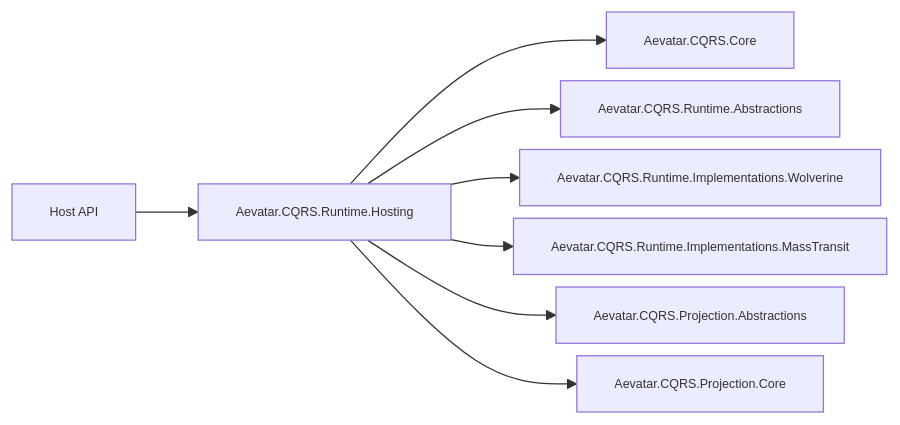
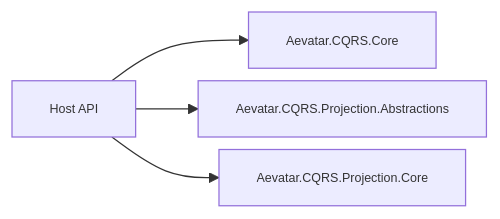
One commit to aevatarAI/aevatar changed the first of 3 diagrams in docs/CQRS_ARCHITECTURE.md. Above: the diagram before and after it, drawn with Mermaid. The commit also changed other lines of this file and 28 other files, not shown here.

First line of the commit message:
Refactor CQRS architecture by removing runtime abstractions and implementations

````diff
--- a/docs/CQRS_ARCHITECTURE.md
+++ b/docs/CQRS_ARCHITECTURE.md
@@ -38,11 +35,7 @@
 ```mermaid
 %%{init: {"maxTextSize": 100000, "flowchart": {"useMaxWidth": false, "nodeSpacing": 10, "rankSpacing": 50}, "themeVariables": {"fontSize": "10px"}}}%%
 flowchart LR
-  H["Host API"] --> RH["Aevatar.CQRS.Runtime.Hosting"]
-  RH --> CC["Aevatar.CQRS.Core"]
-  RH --> RA["Aevatar.CQRS.Runtime.Abstractions"]
-  RH --> RW["Aevatar.CQRS.Runtime.Implementations.Wolverine"]
-  RH --> RM["Aevatar.CQRS.Runtime.Implementations.MassTransit"]
-  RH --> PA["Aevatar.CQRS.Projection.Abstractions"]
-  RH --> PC["Aevatar.CQRS.Projection.Core"]
+  H["Host API"] --> CC["Aevatar.CQRS.Core"]
+  H --> PA["Aevatar.CQRS.Projection.Abstractions"]
+  H --> PC["Aevatar.CQRS.Projection.Core"]
 ```
````
